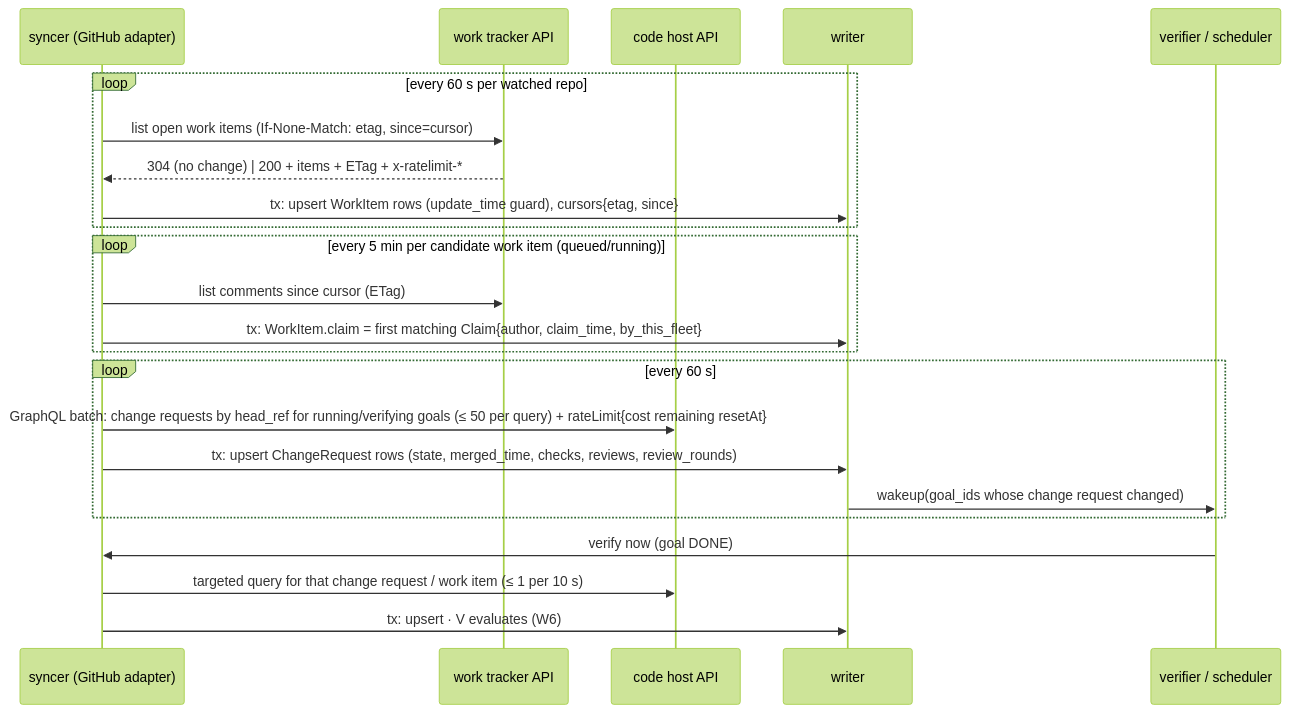
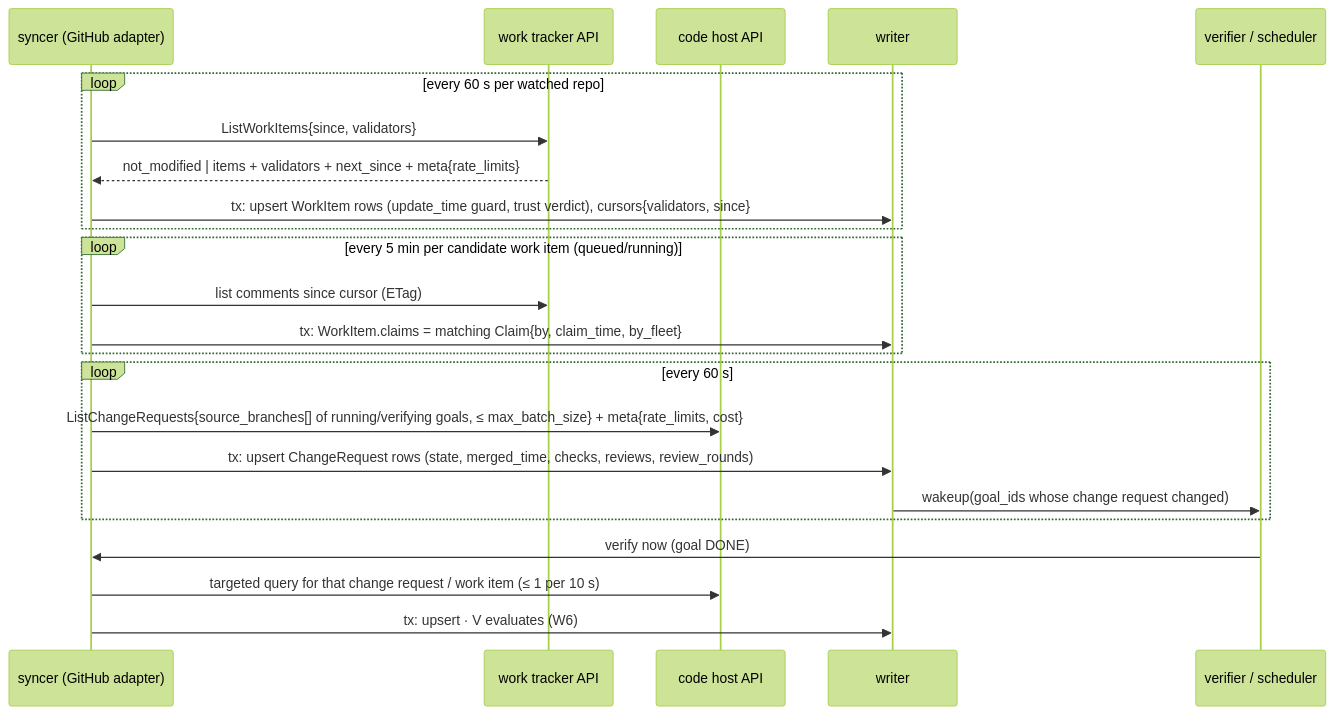
The third of 4 diagrams in docs/specs/03b-usage-and-sync.md (linuxdynasty/fleet-board), drawn with Mermaid (forest theme) before and after one commit. The commit also changed other lines of this file and 22 other files, not shown here.

````diff
--- a/docs/specs/03b-usage-and-sync.md
+++ b/docs/specs/03b-usage-and-sync.md
@@ -249,25 +254,25 @@
 ```mermaid
 sequenceDiagram
   participant G as syncer (GitHub adapter)
   participant T as work tracker API
   participant C as code host API
   participant W as writer
   participant V as verifier / scheduler
   loop every 60 s per watched repo
-    G->>T: list open work items (If-None-Match: etag, since=cursor)
-    T-->>G: 304 (no change) | 200 + items + ETag + x-ratelimit-*
-    G->>W: tx: upsert WorkItem rows (update_time guard), cursors{etag, since}
+    G->>T: ListWorkItems{since, validators}
+    T-->>G: not_modified | items + validators + next_since + meta{rate_limits}
+    G->>W: tx: upsert WorkItem rows (update_time guard, trust verdict), cursors{validators, since}
   end
   loop every 5 min per candidate work item (queued/running)
     G->>T: list comments since cursor (ETag)
-    G->>W: tx: WorkItem.claim = first matching Claim{author, claim_time, by_this_fleet}
+    G->>W: tx: WorkItem.claims = matching Claim{by, claim_time, by_fleet}
   end
   loop every 60 s
-    G->>C: GraphQL batch: change requests by head_ref for running/verifying goals (≤ 50 per query) + rateLimit{cost remaining resetAt}
+    G->>C: ListChangeRequests{source_branches[] of running/verifying goals, ≤ max_batch_size} + meta{rate_limits, cost}
     G->>W: tx: upsert ChangeRequest rows (state, merged_time, checks, reviews, review_rounds)
     W->>V: wakeup(goal_ids whose change request changed)
   end
   V->>G: verify now (goal DONE)
   G->>C: targeted query for that change request / work item (≤ 1 per 10 s)
   G->>W: tx: upsert · V evaluates (W6)
 ```
````
